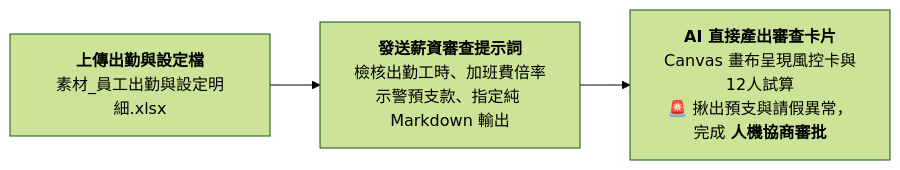
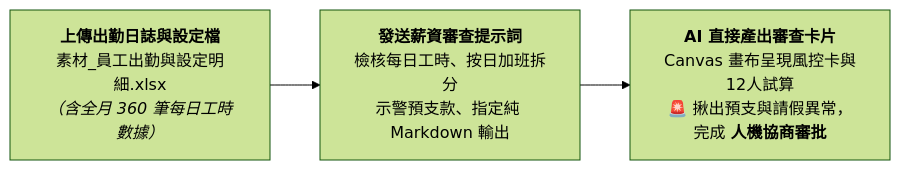
One commit to roberthsu2003/workflow-productivity changed the diagram in 常見的AI應用/實戰範例/薪資計算表/13-2_AI產出之出勤統計與薪資試算審核提示詞.md. Above: the diagram before and after it, drawn with Mermaid (forest theme). The commit also changed other lines of this file and 6 other files, not shown here.

````diff
--- a/常見的AI應用/實戰範例/薪資計算表/13-2_AI產出之出勤統計與薪資試算審核提示詞.md
+++ b/常見的AI應用/實戰範例/薪資計算表/13-2_AI產出之出勤統計與薪資試算審核提示詞.md
@@ -10,5 +10,5 @@
 ```mermaid
 flowchart LR
-    StepA["<b>上傳出勤與設定檔</b><br/>素材_員工出勤與設定明細.xlsx"] --> StepB["<b>發送薪資審查提示詞</b><br/>檢核出勤工時、加班費倍率<br/>示警預支款、指定純 Markdown 輸出"]
+    StepA["<b>上傳出勤日誌與設定檔</b><br/>素材_員工出勤與設定明細.xlsx<br/><i>（含全月 360 筆每日工時數據）</i>"] --> StepB["<b>發送薪資審查提示詞</b><br/>檢核每日工時、按日加班拆分<br/>示警預支款、指定純 Markdown 輸出"]
     StepB --> StepC["<b>AI 直接產出審查卡片</b><br/>Canvas 畫布呈現風控卡與12人試算<br/>🚨 揪出預支與請假異常，完成 <b>人機協商審批</b>"]
 ```
````
